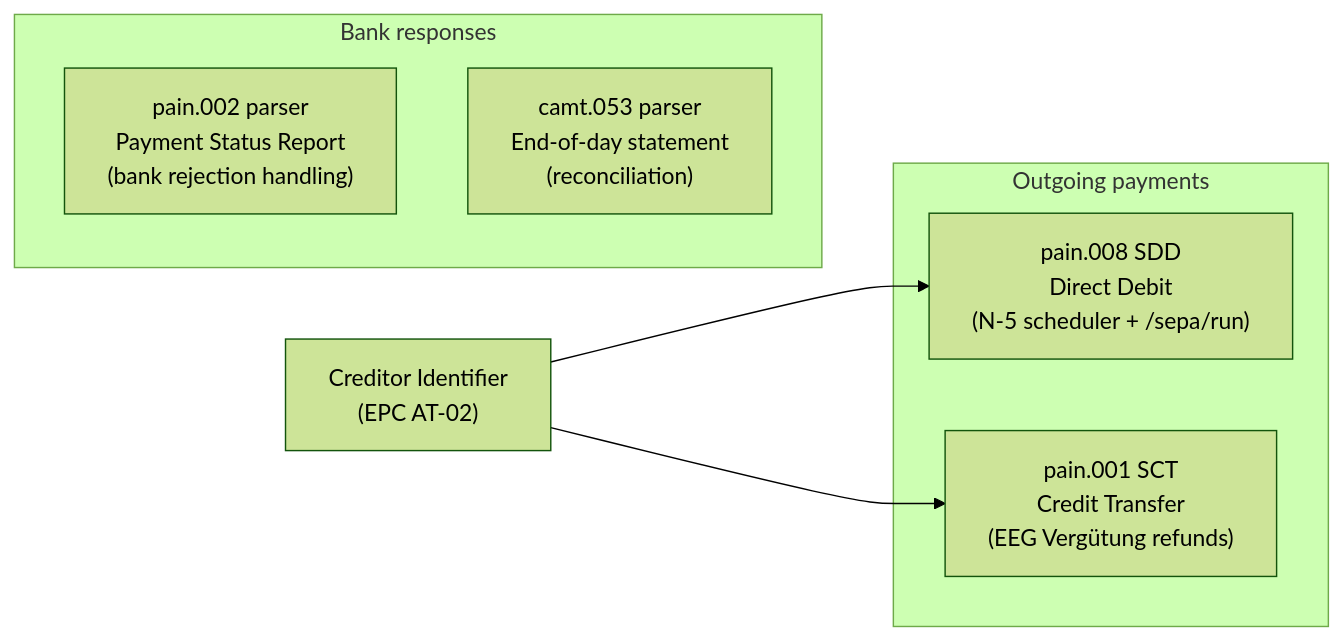
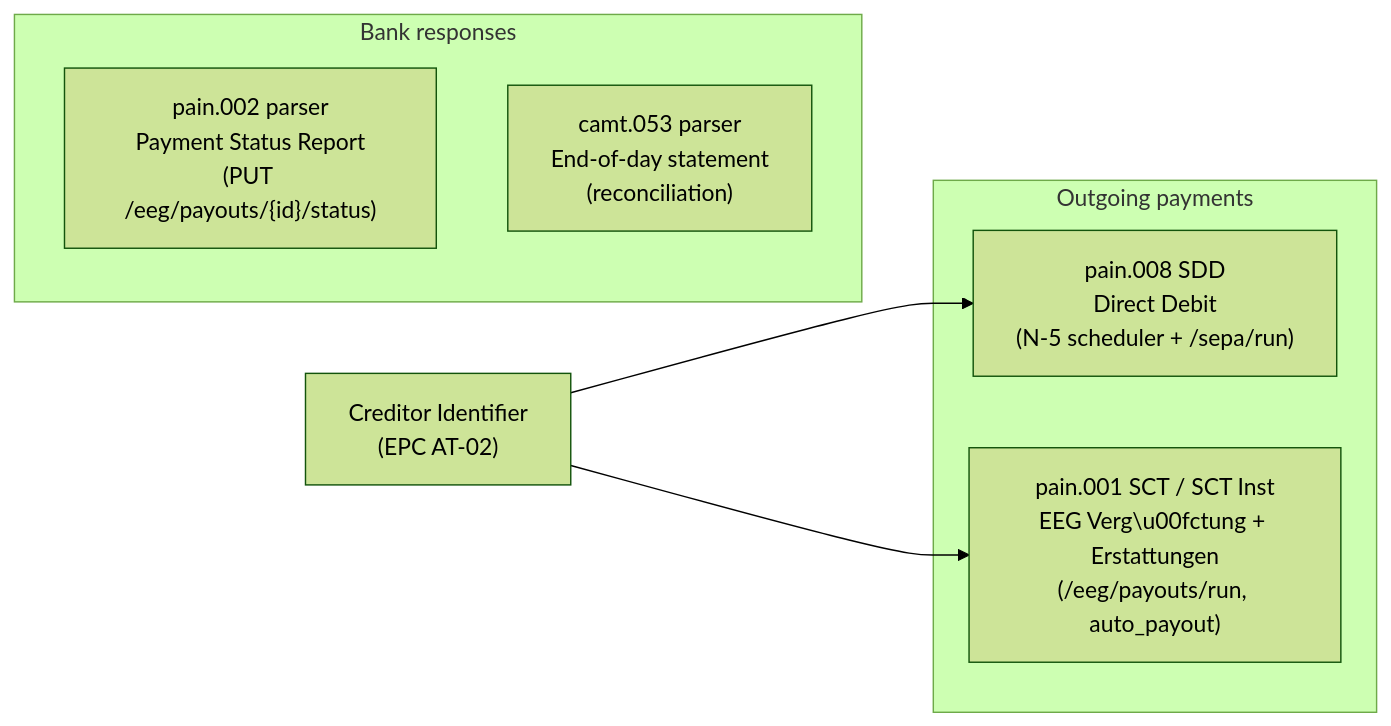
The fourth of 5 diagrams in docs/accountingd.md (hupe1980/mako), drawn with Mermaid (forest theme) before and after one commit. The commit also changed other lines of this file and 76 other files, not shown here.

````diff
--- a/docs/accountingd.md
+++ b/docs/accountingd.md
@@ -326,14 +490,14 @@
 ```mermaid
 graph LR
     subgraph out ["Outgoing payments"]
         pain008["pain.008 SDD\nDirect Debit\n(N-5 scheduler + /sepa/run)"]
-        pain001["pain.001 SCT\nCredit Transfer\n(EEG Vergütung refunds)"]
+        pain001["pain.001 SCT / SCT Inst\nEEG Verg\u00fctung + Erstattungen\n(/eeg/payouts/run, auto_payout)"]
     end
     subgraph in ["Bank responses"]
-        pain002["pain.002 parser\nPayment Status Report\n(bank rejection handling)"]
+        pain002["pain.002 parser\nPayment Status Report\n(PUT /eeg/payouts/{id}/status)"]
         camt053["camt.053 parser\nEnd-of-day statement\n(reconciliation)"]
     end
     creditor["Creditor Identifier\n(EPC AT-02)"]
     creditor --> pain008
     creditor --> pain001
 ```
````
